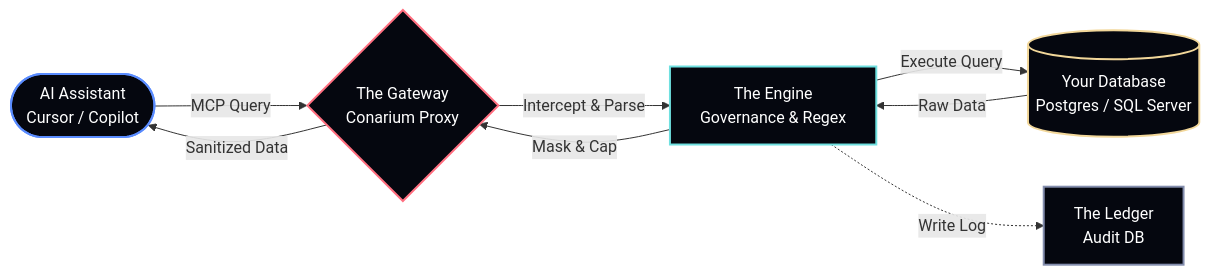
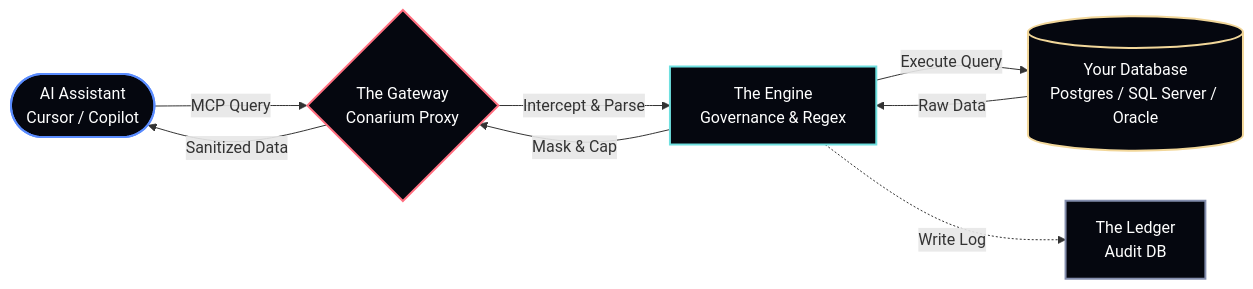
The diagram in README.md (dogrucanemek-alt/conarium), drawn with Mermaid before and after one commit. The commit also changed other lines of this file and 11 other files, not shown here.

````diff
--- a/README.md
+++ b/README.md
@@ -328,16 +328,16 @@
 ```mermaid
 graph LR
     A([AI Assistant\nCursor / Copilot]) -- "MCP Query" --> B{The Gateway\nConarium Proxy};
     B -- "Intercept & Parse" --> C[The Engine\nGovernance & Regex];
-    C -- "Execute Query" --> D[(Your Database\nPostgres / SQL Server)];
+    C -- "Execute Query" --> D[(Your Database\nPostgres / SQL Server / Oracle)];
     D -- "Raw Data" --> C;
     C -- "Mask & Cap" --> B;
     B -- "Sanitized Data" --> A;
     C -. "Write Log" .-> E[The Ledger\nAudit DB];
     
     style A fill:#05070f,stroke:#5a8cff,stroke-width:2px,color:#fff
     style B fill:#05070f,stroke:#ff6f80,stroke-width:2px,color:#fff
     style C fill:#05070f,stroke:#6fe0e0,stroke-width:2px,color:#fff
     style D fill:#05070f,stroke:#f2d79a,stroke-width:2px,color:#fff
     style E fill:#05070f,stroke:#838dad,stroke-width:2px,color:#fff
 ```
````
